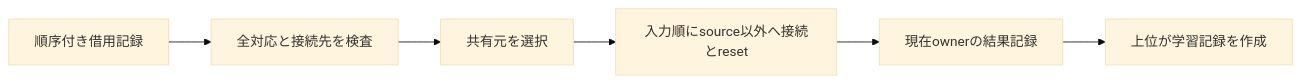
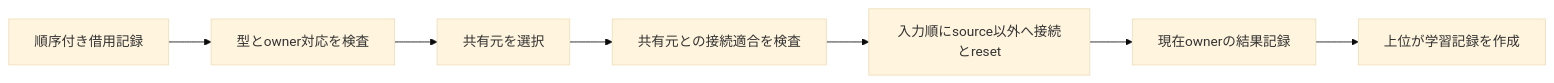
One commit to shimmen3141/FedSDA-experiment changed the diagram in .kiro/specs/held-model-shared-feature-reconnection/design.md. Above: the diagram before and after it, drawn with Mermaid (base theme). The commit also changed 7 other files, not shown here.

````diff
--- a/.kiro/specs/held-model-shared-feature-reconnection/design.md
+++ b/.kiro/specs/held-model-shared-feature-reconnection/design.md
@@ -27,8 +27,9 @@
 ```mermaid
 flowchart LR
-  Inputs[順序付き借用記録] --> Validate[全対応と接続先を検査]
+  Inputs[順序付き借用記録] --> Validate[型とowner対応を検査]
   Validate --> Select[共有元を選択]
-  Select --> Reconnect[入力順にsource以外へ接続とreset]
+  Select --> Fit[共有元との接続適合を検査]
+  Fit --> Reconnect[入力順にsource以外へ接続とreset]
   Reconnect --> Current[現在ownerの結果記録]
   Current --> Training[上位が学習記録を作成]
 ```
````
